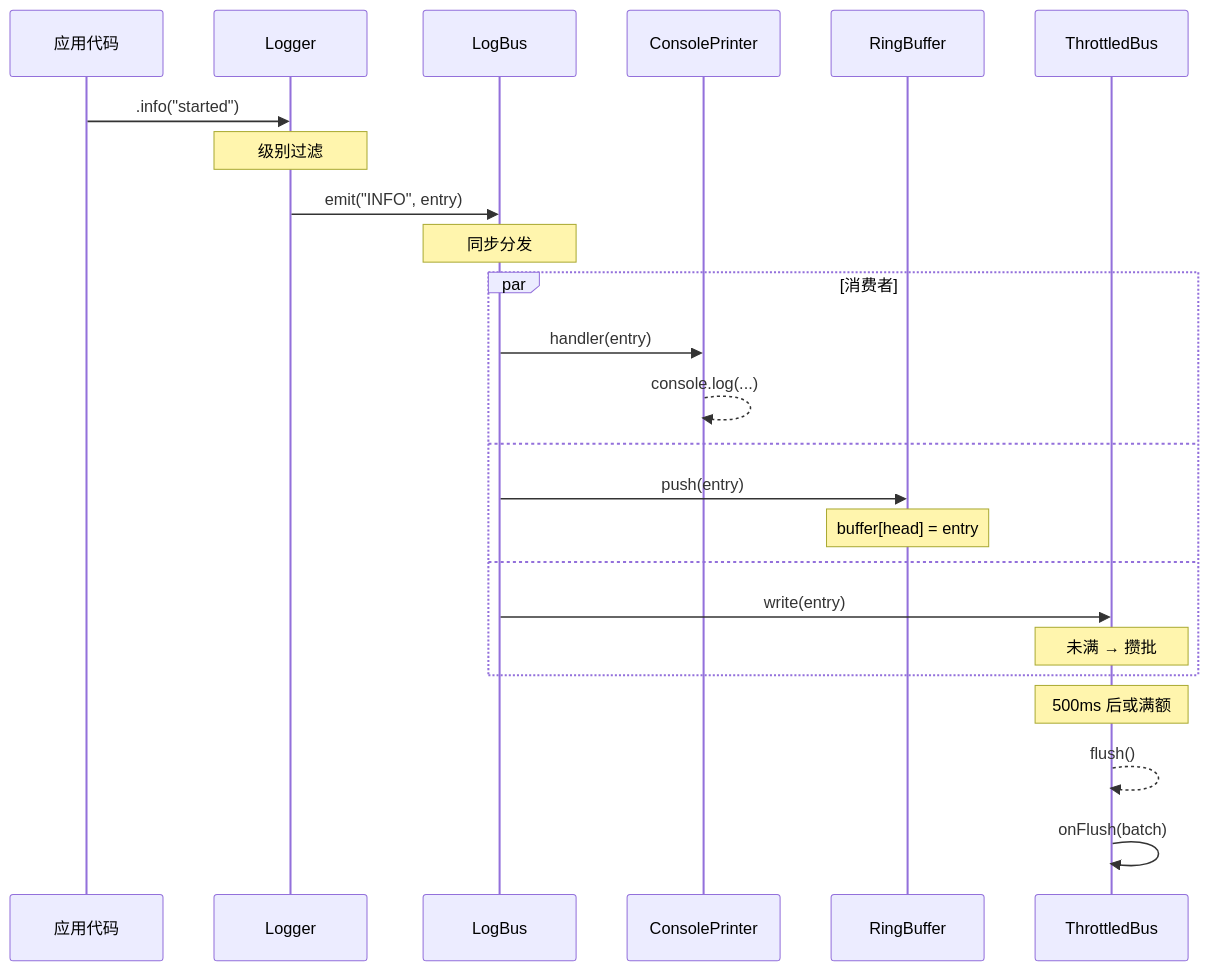
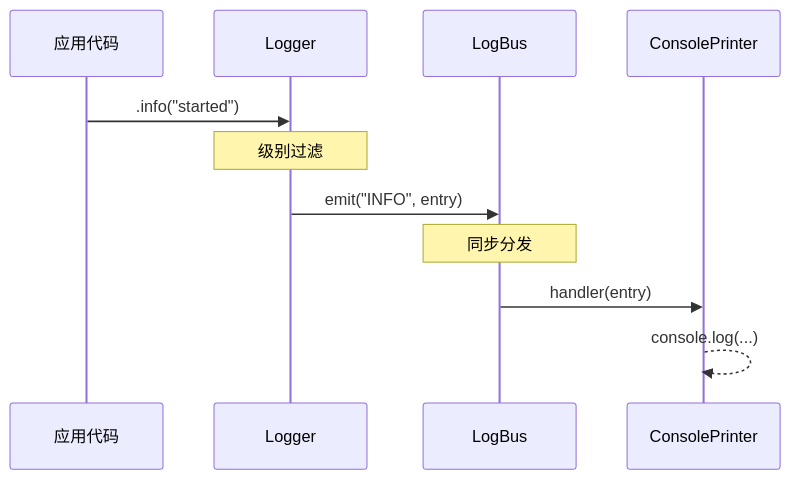
One commit to Frank-Steven/HoundWhiteboard changed the second of 2 diagrams in src/utils/log/docs/log-internals-document.md. Above: the diagram before and after it, drawn with Mermaid. The commit also changed other lines of this file and 18 other files, not shown here.

````diff
--- a/src/utils/log/docs/log-internals-document.md
+++ b/src/utils/log/docs/log-internals-document.md
@@ -61,30 +52,16 @@
 ```mermaid
 sequenceDiagram
     participant App as 应用代码
     participant Logger as Logger
     participant LogBus as LogBus
     participant CP as ConsolePrinter
-    participant RB as RingBuffer
-    participant TB as ThrottledBus
 
     App->>Logger: .info("started")
     Note over Logger: 级别过滤
 
     Logger->>LogBus: emit("INFO", entry)
     Note over LogBus: 同步分发
 
-    par 消费者
-        LogBus->>CP: handler(entry)
-        CP-->>CP: console.log(...)
-    and
-        LogBus->>RB: push(entry)
-        Note over RB: buffer[head] = entry
-    and
-        LogBus->>TB: write(entry)
-        Note over TB: 未满 → 攒批
-    end
-
-    Note over TB: 500ms 后或满额
-    TB-->>TB: flush()
-    TB->>TB: onFlush(batch)
+    LogBus->>CP: handler(entry)
+    CP-->>CP: console.log(...)
 ```
````
